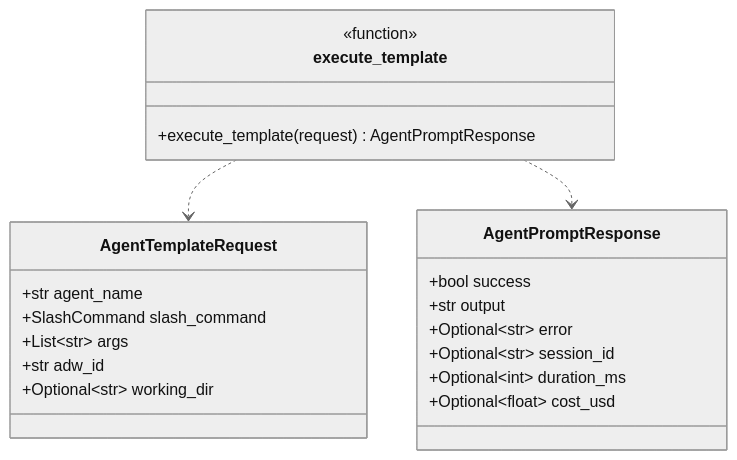
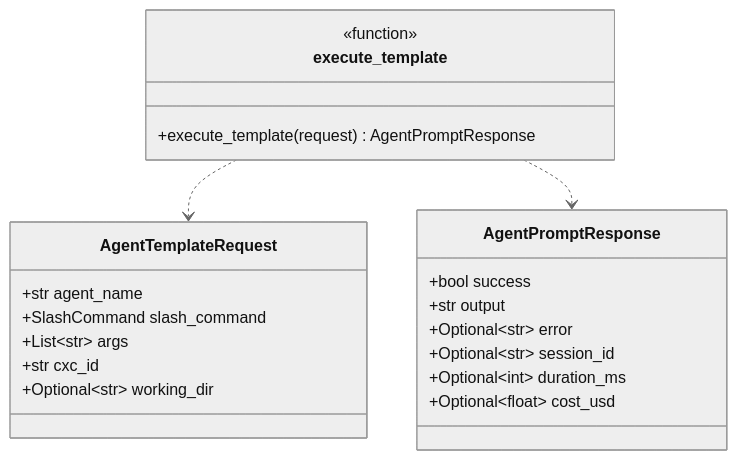
Before and after one commit to alexfosterinvisible/Cortex-Code: the eighth of 20 diagrams in .af/specs/fullrepo_dec30/C/design.md, drawn with Mermaid (neutral theme). The commit also changed other lines of this file and 19 other files, not shown here.

First line of the commit message:
fix: complete adw→cxc rename + fix integration tests

````diff
--- a/.af/specs/fullrepo_dec30/C/design.md
+++ b/.af/specs/fullrepo_dec30/C/design.md
@@ -378,27 +378,27 @@
 ```mermaid
 classDiagram
     class AgentTemplateRequest {
         +str agent_name
         +SlashCommand slash_command
         +List~str~ args
-        +str adw_id
+        +str cxc_id
         +Optional~str~ working_dir
     }
 
     class AgentPromptResponse {
         +bool success
         +str output
         +Optional~str~ error
         +Optional~str~ session_id
         +Optional~int~ duration_ms
         +Optional~float~ cost_usd
     }
 
     class execute_template {
         <<function>>
         +execute_template(request) AgentPromptResponse
     }
 
     execute_template ..> AgentTemplateRequest
     execute_template ..> AgentPromptResponse
 ```
````
